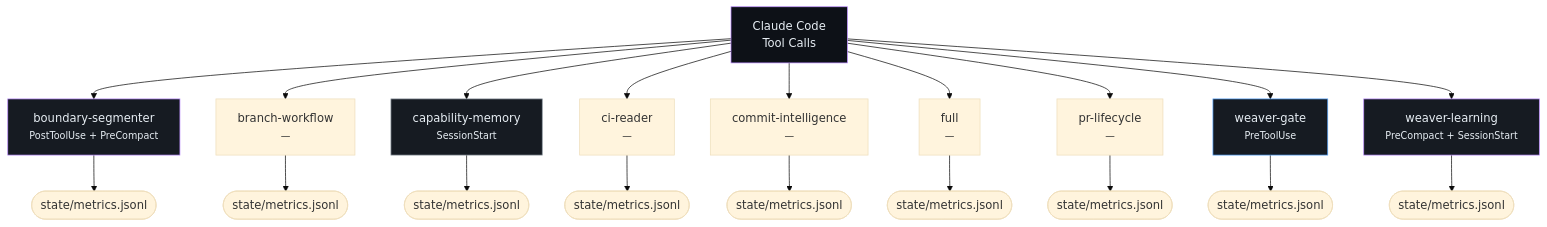
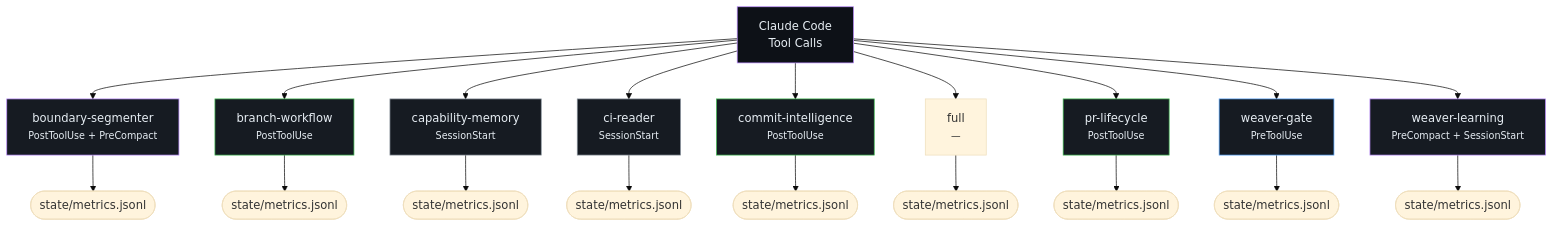
Before and after one commit to enchanted-plugins/weaver: the diagram in docs/architecture/highlevel.mmd, drawn with Mermaid (base theme). The commit also changed 20 other files, not shown here.

```diff
--- a/docs/architecture/highlevel.mmd
+++ b/docs/architecture/highlevel.mmd
@@ -1,43 +1,47 @@
 graph TD
     CC["Claude Code<br/>Tool Calls"]
     boundary_segmenter["boundary-segmenter<br/><small>PostToolUse + PreCompact</small>"]
     CC --> boundary_segmenter
     boundary_segmenter_out(["state/metrics.jsonl"])
     boundary_segmenter --> boundary_segmenter_out
     style boundary_segmenter fill:#161b22,stroke:#bc8cff,color:#e6edf3
-    branch_workflow["branch-workflow<br/><small>—</small>"]
+    branch_workflow["branch-workflow<br/><small>PostToolUse</small>"]
     CC --> branch_workflow
     branch_workflow_out(["state/metrics.jsonl"])
     branch_workflow --> branch_workflow_out
+    style branch_workflow fill:#161b22,stroke:#3fb950,color:#e6edf3
     capability_memory["capability-memory<br/><small>SessionStart</small>"]
     CC --> capability_memory
     capability_memory_out(["state/metrics.jsonl"])
     capability_memory --> capability_memory_out
     style capability_memory fill:#161b22,stroke:#8b949e,color:#e6edf3
-    ci_reader["ci-reader<br/><small>—</small>"]
+    ci_reader["ci-reader<br/><small>SessionStart</small>"]
     CC --> ci_reader
     ci_reader_out(["state/metrics.jsonl"])
     ci_reader --> ci_reader_out
-    commit_intelligence["commit-intelligence<br/><small>—</small>"]
+    style ci_reader fill:#161b22,stroke:#8b949e,color:#e6edf3
+    commit_intelligence["commit-intelligence<br/><small>PostToolUse</small>"]
     CC --> commit_intelligence
     commit_intelligence_out(["state/metrics.jsonl"])
     commit_intelligence --> commit_intelligence_out
+    style commit_intelligence fill:#161b22,stroke:#3fb950,color:#e6edf3
     full["full<br/><small>—</small>"]
     CC --> full
     full_out(["state/metrics.jsonl"])
     full --> full_out
-    pr_lifecycle["pr-lifecycle<br/><small>—</small>"]
+    pr_lifecycle["pr-lifecycle<br/><small>PostToolUse</small>"]
     CC --> pr_lifecycle
     pr_lifecycle_out(["state/metrics.jsonl"])
     pr_lifecycle --> pr_lifecycle_out
+    style pr_lifecycle fill:#161b22,stroke:#3fb950,color:#e6edf3
     weaver_gate["weaver-gate<br/><small>PreToolUse</small>"]
     CC --> weaver_gate
     weaver_gate_out(["state/metrics.jsonl"])
     weaver_gate --> weaver_gate_out
     style weaver_gate fill:#161b22,stroke:#58a6ff,color:#e6edf3
     weaver_learning["weaver-learning<br/><small>PreCompact + SessionStart</small>"]
     CC --> weaver_learning
     weaver_learning_out(["state/metrics.jsonl"])
     weaver_learning --> weaver_learning_out
     style weaver_learning fill:#161b22,stroke:#bc8cff,color:#e6edf3
     style CC fill:#0d1117,stroke:#bc8cff,color:#e6edf3
```
